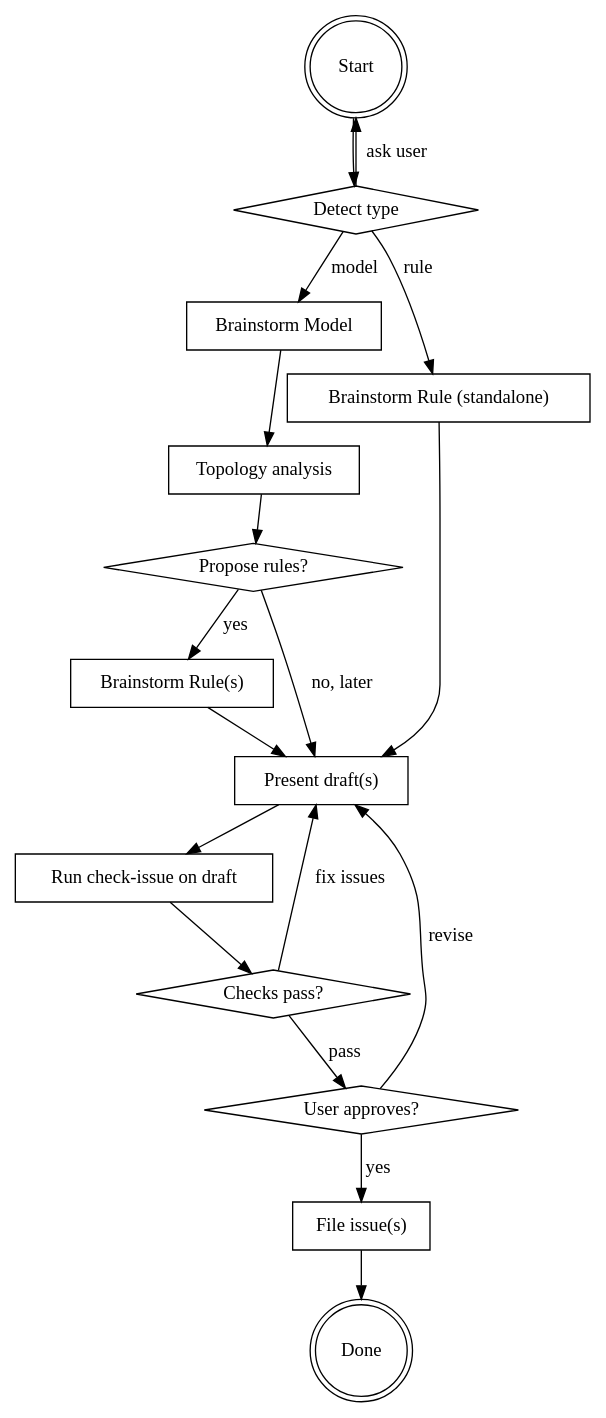
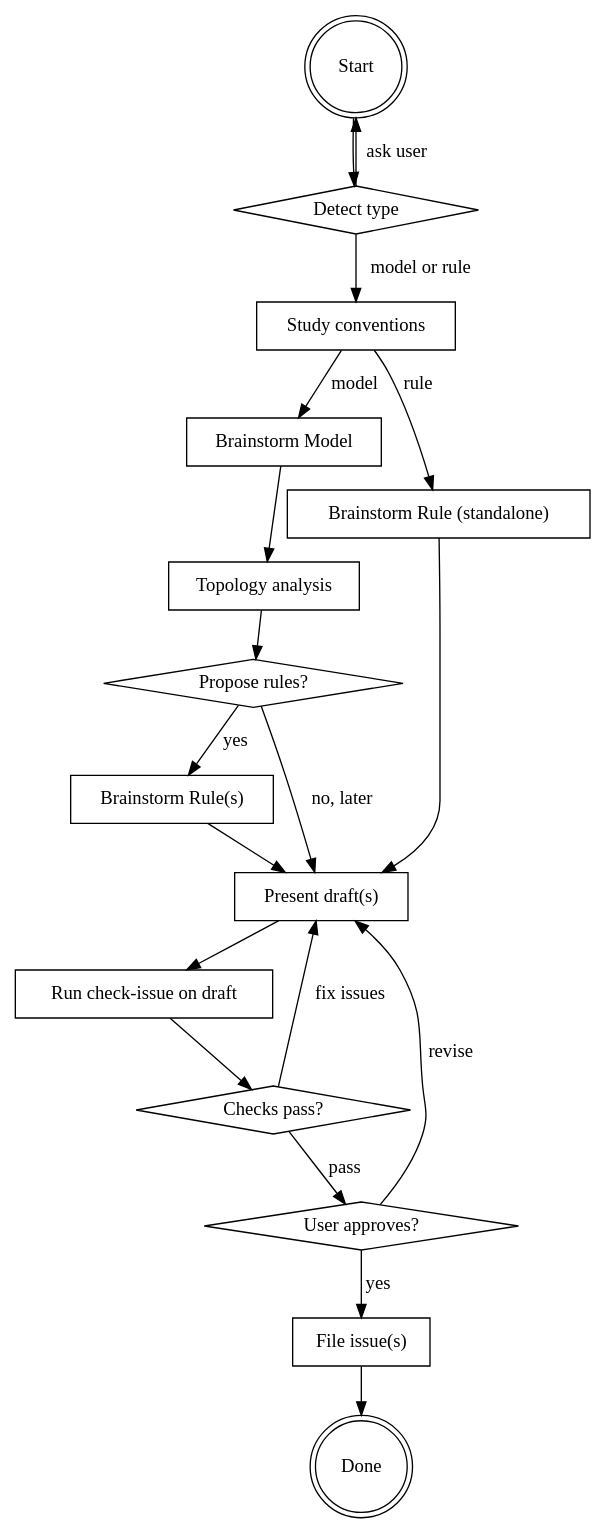
Before and after one commit to zazabap/problem-reductions: the diagram in .claude/skills/propose/SKILL.md, drawn with Graphviz. The commit also changed other lines of this file, not shown here.

````diff
--- a/.claude/skills/propose/SKILL.md
+++ b/.claude/skills/propose/SKILL.md
@@ -27,36 +27,39 @@
 ```dot
 digraph propose {
     rankdir=TB;
     "Start" [shape=doublecircle];
     "Detect type" [shape=diamond];
     "Brainstorm Model" [shape=box];
     "Topology analysis" [shape=box];
     "Propose rules?" [shape=diamond];
     "Brainstorm Rule(s)" [shape=box];
     "Brainstorm Rule (standalone)" [shape=box];
     "Present draft(s)" [shape=box];
     "Run check-issue on draft" [shape=box];
     "Checks pass?" [shape=diamond];
     "User approves?" [shape=diamond];
     "File issue(s)" [shape=box];
     "Done" [shape=doublecircle];
 
+    "Study conventions" [shape=box];
+
     "Start" -> "Detect type";
-    "Detect type" -> "Brainstorm Model" [label="model"];
-    "Detect type" -> "Brainstorm Rule (standalone)" [label="rule"];
+    "Detect type" -> "Study conventions" [label="model or rule"];
     "Detect type" -> "Start" [label="ask user"];
+    "Study conventions" -> "Brainstorm Model" [label="model"];
+    "Study conventions" -> "Brainstorm Rule (standalone)" [label="rule"];
     "Brainstorm Model" -> "Topology analysis";
     "Topology analysis" -> "Propose rules?";
     "Propose rules?" -> "Brainstorm Rule(s)" [label="yes"];
     "Propose rules?" -> "Present draft(s)" [label="no, later"];
     "Brainstorm Rule(s)" -> "Present draft(s)";
     "Brainstorm Rule (standalone)" -> "Present draft(s)";
     "Present draft(s)" -> "Run check-issue on draft";
     "Run check-issue on draft" -> "Checks pass?";
     "Checks pass?" -> "Present draft(s)" [label="fix issues"];
     "Checks pass?" -> "User approves?" [label="pass"];
     "User approves?" -> "Present draft(s)" [label="revise"];
     "User approves?" -> "File issue(s)" [label="yes"];
     "File issue(s)" -> "Done";
 }
 ```
````
